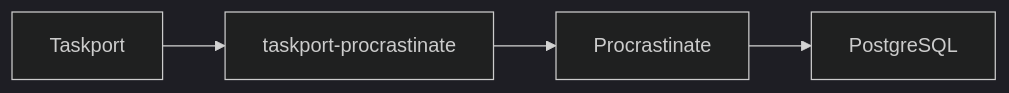
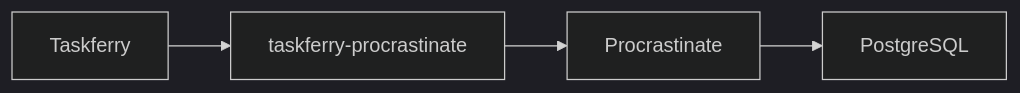
One commit to xiidigital/taskferry changed the diagram in docs/adr/0002-not-a-task-queue.md. Above: the diagram before and after it, drawn with Mermaid (dark theme). The commit also changed other lines of this file and 424 other files, not shown here.

First line of the commit message:
refactor: rebrand taskport to taskferry across all distributions

````diff
--- a/docs/adr/0002-not-a-task-queue.md
+++ b/docs/adr/0002-not-a-task-queue.md
@@ -33,9 +33,9 @@
 ```mermaid
 flowchart LR
-    TP["Taskport"]
-    ADAPTER["taskport-procrastinate"]
+    TP["Taskferry"]
+    ADAPTER["taskferry-procrastinate"]
     PRO["Procrastinate"]
     PG["PostgreSQL"]
 
     TP --> ADAPTER --> PRO --> PG
 ```
````
